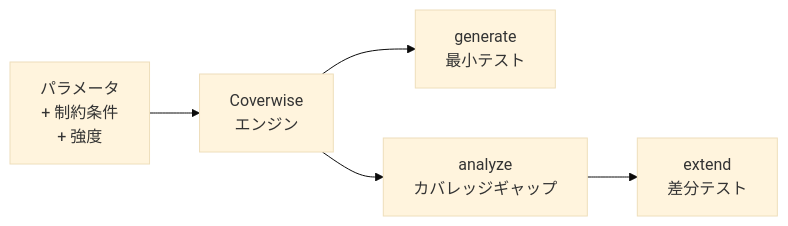
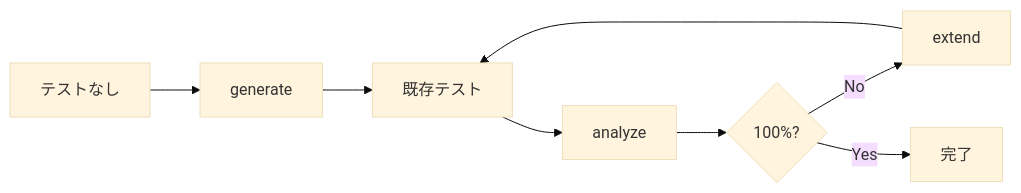
One commit to libraz/coverwise changed the diagram in README_ja.md. Above: the diagram before and after it, drawn with Mermaid (base theme). The commit also changed other lines of this file and 29 other files, not shown here.

First line of the commit message:
feat(ts): add native TypeScript engine mirroring C++ architecture

````diff
--- a/README_ja.md
+++ b/README_ja.md
@@ -25,7 +19,10 @@
 ```mermaid
 graph LR
-    A["パラメータ\n+ 制約条件\n+ 強度"] --> B["Coverwise\nエンジン"]
-    B --> C["generate\n最小テスト"]
-    B --> D["analyze\nカバレッジギャップ"]
-    D --> E["extend\n差分テスト"]
+    A["既存テスト"] --> B["analyze"]
+    B --> C{"100%?"}
+    C -- No --> D["extend"]
+    D --> A
+    C -- Yes --> E["完了"]
+    F["テストなし"] --> G["generate"]
+    G --> A
 ```
````
